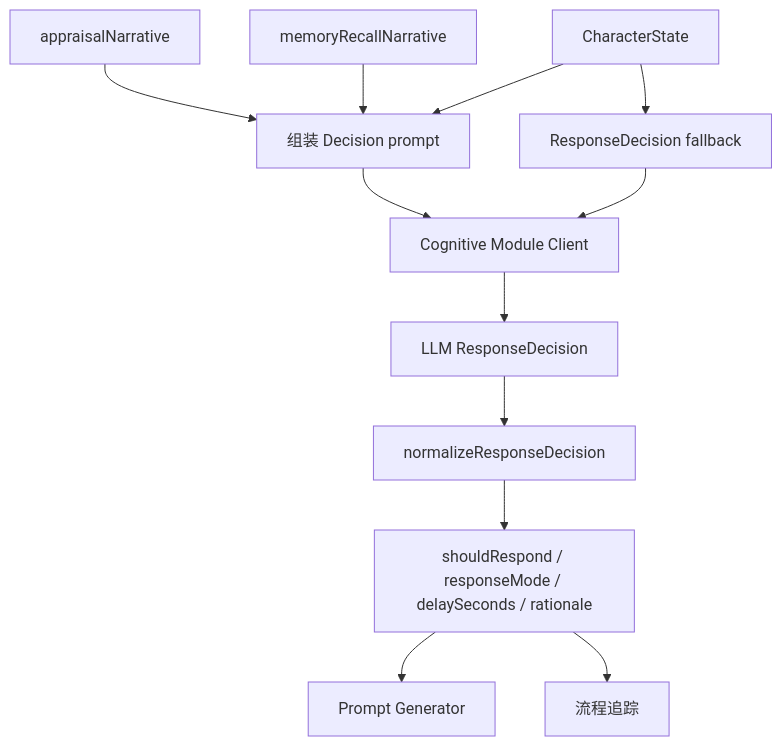
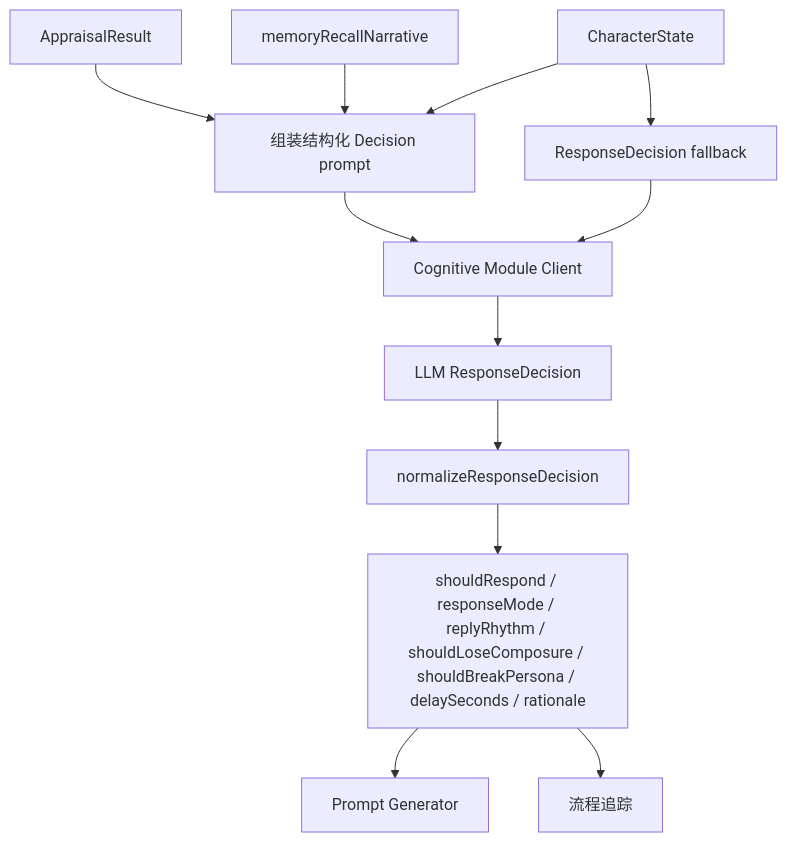
Diagram 18 of 31 in docs/SYSTEM_FLOW.md (ttmanthatman/virtual-human-flow), drawn with Mermaid before and after one commit. The commit also changed other lines of this file and 10 other files, not shown here.

First line of the commit message:
feat: expand appraisal response routing

````diff
--- a/docs/SYSTEM_FLOW.md
+++ b/docs/SYSTEM_FLOW.md
@@ -464,14 +469,14 @@
 ```mermaid
 flowchart TD
-    A["appraisalNarrative"] --> PROMPT["组装 Decision prompt"]
+    A["AppraisalResult"] --> PROMPT["组装结构化 Decision prompt"]
     M["memoryRecallNarrative"] --> PROMPT
     S["CharacterState"] --> PROMPT
     S --> MOCK["ResponseDecision fallback"]
     PROMPT --> CLIENT["Cognitive Module Client"]
     MOCK --> CLIENT
     CLIENT --> RAW["LLM ResponseDecision"]
     RAW --> NORM["normalizeResponseDecision"]
-    NORM --> OUT["shouldRespond / responseMode / delaySeconds / rationale"]
+    NORM --> OUT["shouldRespond / responseMode / replyRhythm / shouldLoseComposure / shouldBreakPersona / delaySeconds / rationale"]
     OUT --> PROMPTGEN["Prompt Generator"]
     OUT --> TRACE["流程追踪"]
 ```
````
